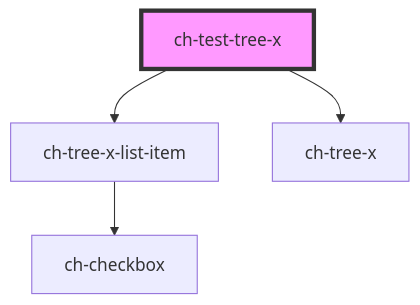
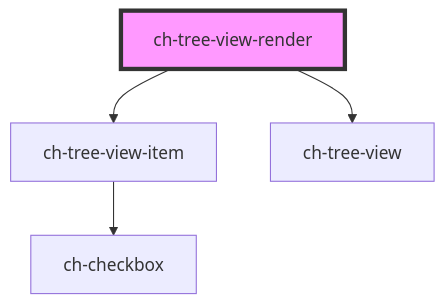
The diagram in src/components/test/readme.md (genexuslabs/chameleon-controls-library), drawn with Mermaid before and after one commit. The commit also changed other lines of this file and 12 other files, not shown here.

First line of the commit message:
Migrate names from tree-x to tree-view

````diff
--- a/src/components/test/readme.md
+++ b/src/components/test/readme.md
@@ -116,7 +116,7 @@
 ```mermaid
 graph TD;
-  ch-test-tree-x --> ch-tree-x-list-item
-  ch-test-tree-x --> ch-tree-x
-  ch-tree-x-list-item --> ch-checkbox
-  style ch-test-tree-x fill:#f9f,stroke:#333,stroke-width:4px
+  ch-tree-view-render --> ch-tree-view-item
+  ch-tree-view-render --> ch-tree-view
+  ch-tree-view-item --> ch-checkbox
+  style ch-tree-view-render fill:#f9f,stroke:#333,stroke-width:4px
 ```
````
